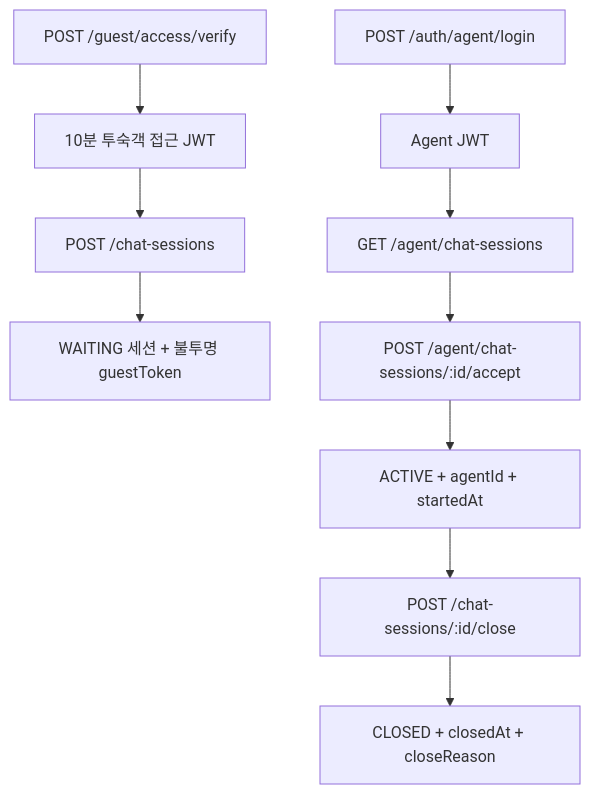
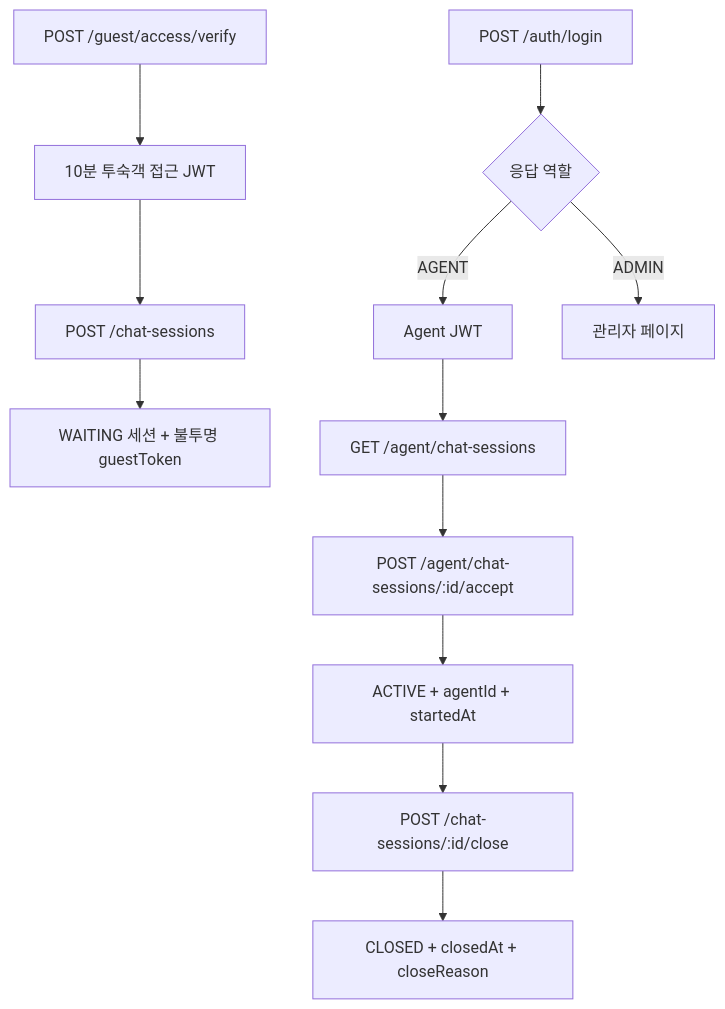
The sixth of 8 diagrams in docs/08_System_Blueprint.md (miffy9999/RemotePlus_Chat), drawn with Mermaid before and after one commit. The commit also changed other lines of this file and 20 other files, not shown here.

Commit message:
feat: unify staff login routing

````diff
--- a/docs/08_System_Blueprint.md
+++ b/docs/08_System_Blueprint.md
@@ -150,12 +150,14 @@
 ```mermaid
 flowchart TD
     Access["POST /guest/access/verify"] --> AccessToken["10분 투숙객 접근 JWT"]
     AccessToken --> Create["POST /chat-sessions"]
     Create --> Waiting["WAITING 세션 + 불투명 guestToken"]
-    Login["POST /auth/agent/login"] --> StaffToken["Agent JWT"]
+    Login["POST /auth/login"] --> Role{"응답 역할"}
+    Role -->|AGENT| StaffToken["Agent JWT"]
+    Role -->|ADMIN| AdminPage["관리자 페이지"]
     StaffToken --> List["GET /agent/chat-sessions"]
     List --> Accept["POST /agent/chat-sessions/:id/accept"]
     Accept --> Active["ACTIVE + agentId + startedAt"]
     Active --> Close["POST /chat-sessions/:id/close"]
     Close --> Closed["CLOSED + closedAt + closeReason"]
 ```
````
